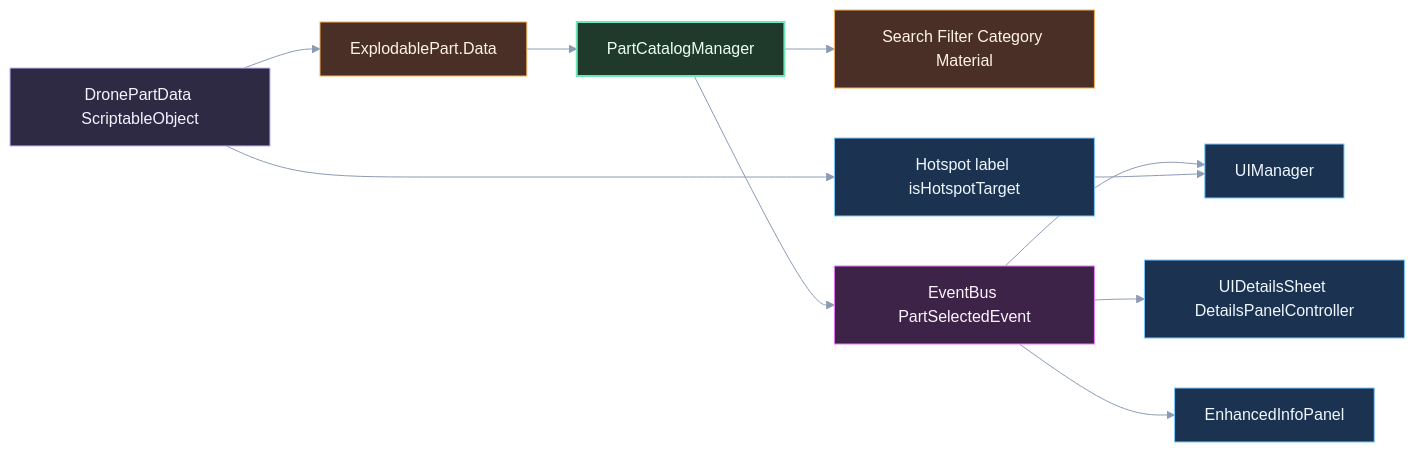
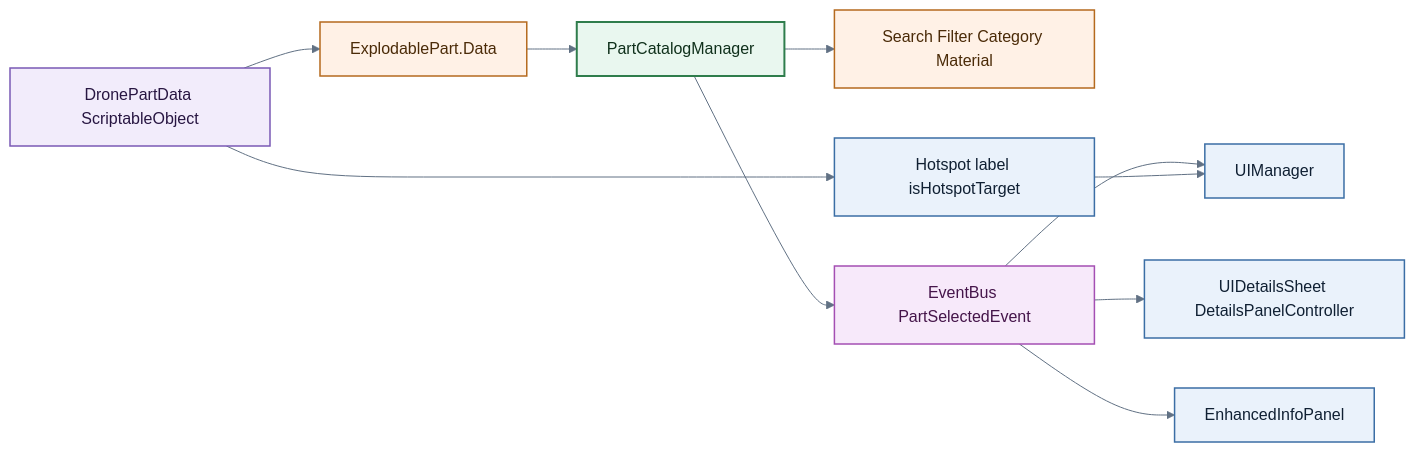
Before and after one commit to delarge95/WebGL-Thesis-Proposal: the diagram in Informe_final/Desarrollo_App/Audits/07_Diagrams_Workflow/rendered/fig_4_6.mmd, drawn with Mermaid. The commit also changed other lines of this file and 53 other files, not shown here.

First line of the commit message:
Checkpoint 2026-04-12: correcciones ortograficas, audits y rerender Mermaid en propuesta/informe

```diff
--- a/Informe_final/Desarrollo_App/Audits/07_Diagrams_Workflow/rendered/fig_4_6.mmd
+++ b/Informe_final/Desarrollo_App/Audits/07_Diagrams_Workflow/rendered/fig_4_6.mmd
@@ -1,47 +1,47 @@
 %%{init: {'theme':'base','themeVariables': {
-  'fontFamily':'system-ui, -apple-system, Segoe UI, sans-serif',
-  'background':'#0b0f17',
-  'primaryColor':'#151b2b',
-  'primaryTextColor':'#e6edf7',
-  'primaryBorderColor':'#7dd3fc',
-  'lineColor':'#8b9bb4',
-  'textColor':'#e6edf7',
-  'edgeLabelBackground':'#0f1724'
+  'fontFamily':'Trebuchet MS, Segoe UI, sans-serif',
+  'background':'#fcfcf8',
+  'primaryColor':'#f5f7fb',
+  'primaryTextColor':'#102033',
+  'primaryBorderColor':'#4a6fa5',
+  'lineColor':'#617184',
+  'textColor':'#102033',
+  'edgeLabelBackground':'#f7f9fc'
 }}}%%
 flowchart LR
   SO[DronePartData ScriptableObject]
   EXP[ExplodablePart.Data]
   CAT[PartCatalogManager]
   FIL[Search Filter Category Material]
   EVT[EventBus PartSelectedEvent]
   UI[UIManager]
   DET[UIDetailsSheet DetailsPanelController]
   ENH[EnhancedInfoPanel]
   HOT[Hotspot label isHotspotTarget]
 
   SO --> EXP
   EXP --> CAT
   CAT --> FIL
   CAT --> EVT
   EVT --> UI
   EVT --> DET
   EVT --> ENH
   SO --> HOT
   HOT --> UI
 
-  classDef ui fill:#1b3250,stroke:#7cc8ff,color:#f0f8ff,stroke-width:1px;
-  classDef orch fill:#1f3a2b,stroke:#6ee7b7,color:#ecfff6,stroke-width:2px;
-  classDef svc fill:#4a2f26,stroke:#f6ad55,color:#fff4e6,stroke-width:1px;
-  classDef data fill:#2f2a44,stroke:#c4b5fd,color:#f5f3ff,stroke-width:1px;
-  classDef event fill:#3d2348,stroke:#e879f9,color:#fdf4ff,stroke-width:1px;
-  classDef state fill:#0b3f46,stroke:#5eead4,color:#ecfeff,stroke-width:1px;
-  classDef risk fill:#5a1c1c,stroke:#f87171,color:#fff1f2,stroke-width:2px;
-  classDef mitigation fill:#223a76,stroke:#7dd3fc,color:#f0f8ff,stroke-width:1px;
-  classDef result fill:#145f54,stroke:#34d399,color:#ecfdf5,stroke-width:1px;
-  classDef neutral fill:#2b3140,stroke:#8b9bb4,color:#e6edf7,stroke-width:1px;
+  classDef ui fill:#eaf2fb,stroke:#3b6ea5,color:#102033,stroke-width:1.5px;
+  classDef orch fill:#e9f7ef,stroke:#2f7d4c,color:#10311c,stroke-width:2px;
+  classDef svc fill:#fff1e6,stroke:#b56a1e,color:#4b2b08,stroke-width:1.5px;
+  classDef data fill:#f2ecfb,stroke:#7a59b5,color:#281642,stroke-width:1.5px;
+  classDef event fill:#f7e9fa,stroke:#a44fb3,color:#45154a,stroke-width:1.5px;
+  classDef state fill:#e7f6f7,stroke:#21797a,color:#123536,stroke-width:1.5px;
+  classDef risk fill:#fdeaea,stroke:#c23b3b,color:#5a1515,stroke-width:2px;
+  classDef mitigation fill:#edf3ff,stroke:#5877c6,color:#1b2d57,stroke-width:1.5px;
+  classDef result fill:#e8f8ef,stroke:#2d8a57,color:#123322,stroke-width:1.5px;
+  classDef neutral fill:#f3f5f7,stroke:#677788,color:#17212b,stroke-width:1.5px;
 
   class SO data;
   class EXP,FIL svc;
   class CAT orch;
   class EVT event;
   class UI,DET,ENH,HOT ui;
```
